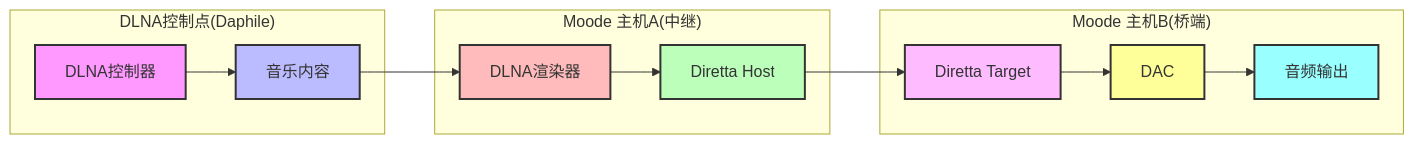
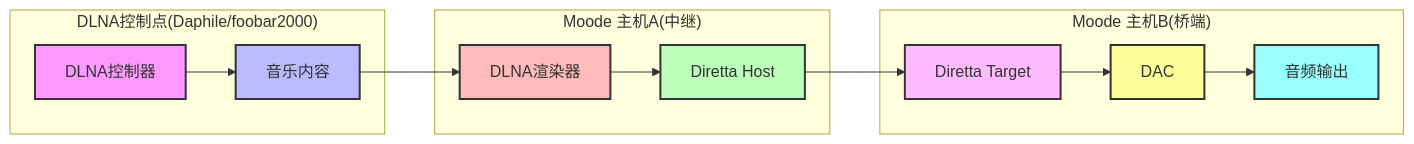
One commit to mslovecc/nanopim4 changed the second of 2 diagrams in README.md. Above: the diagram before and after it, drawn with Mermaid. The commit also changed other lines of this file, not shown here.

````diff
--- a/README.md
+++ b/README.md
@@ -28,21 +28,21 @@
 ```mermaid
 flowchart LR
-    subgraph "DLNA控制点(Daphile)"
+    subgraph "DLNA控制点(Daphile/foobar2000)"
     A[DLNA控制器] --> B[音乐内容]
     end
     subgraph "Moode 主机A(中继)"
     B --> C[DLNA渲染器]
     C --> D[Diretta Host]
     end
     subgraph "Moode 主机B(桥端)"
     D --> E[Diretta Target] --> F[DAC] --> G[音频输出]
     end
     
     style A fill:#f9f,stroke:#333,stroke-width:2px
     style B fill:#bbf,stroke:#333,stroke-width:2px
     style C fill:#fbb,stroke:#333,stroke-width:2px
     style D fill:#bfb,stroke:#333,stroke-width:2px
     style E fill:#fbf,stroke:#333,stroke-width:2px
     style F fill:#ff9,stroke:#333,stroke-width:2px
     style G fill:#9ff,stroke:#333,stroke-width:2px
 ```
````
